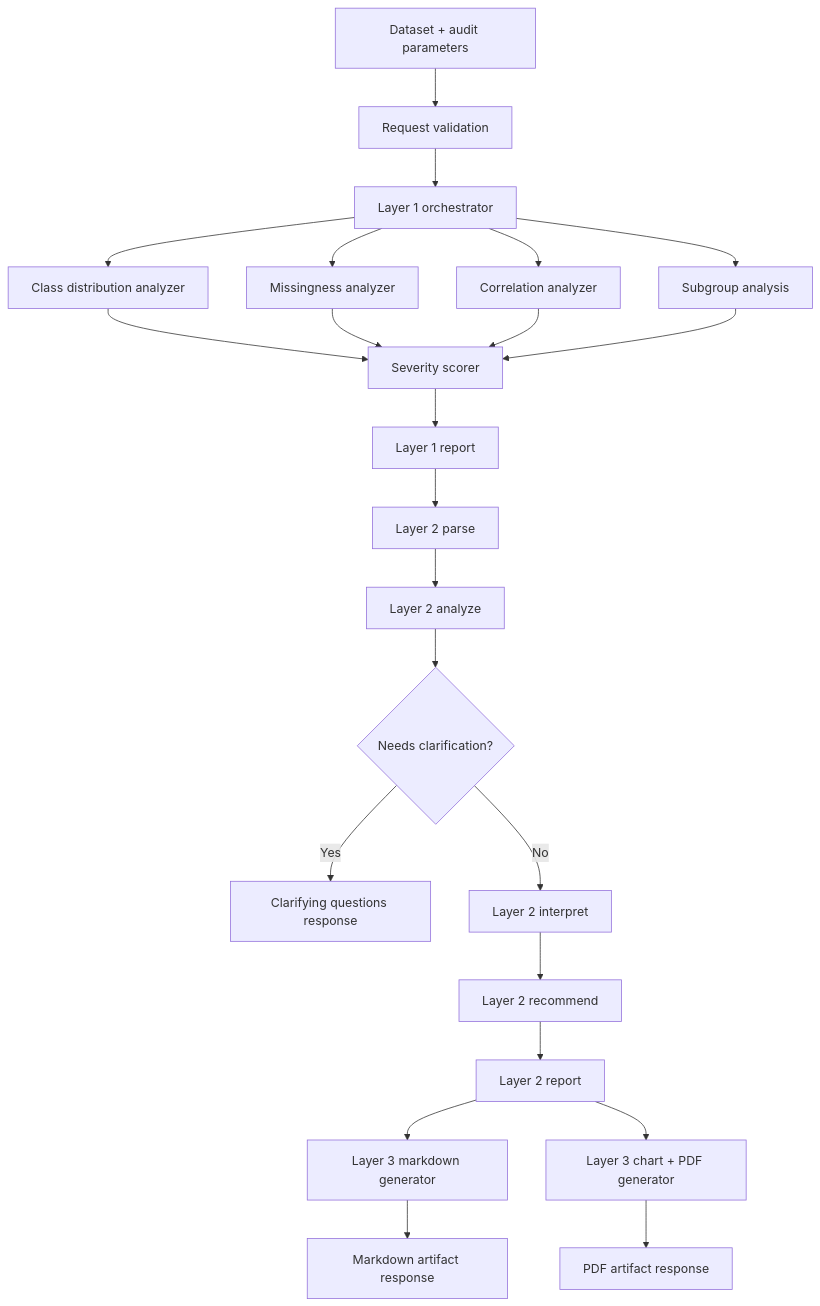
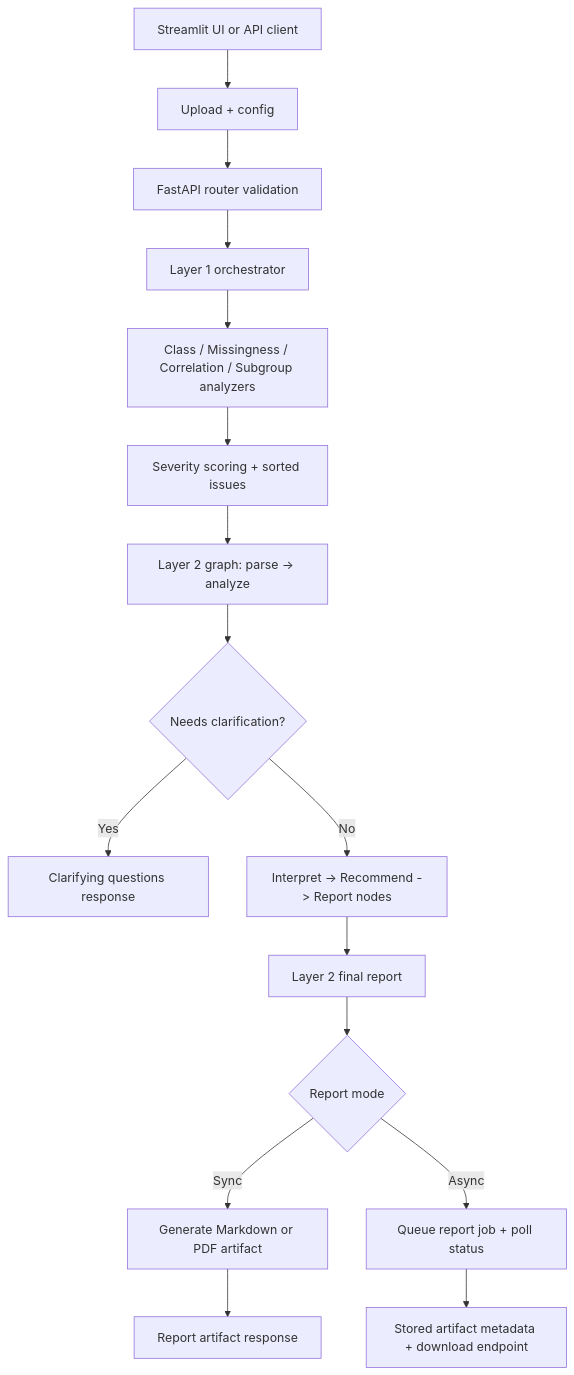
The diagram in ARCHITECTURE.md (haseebraza715/AuditLens), drawn with Mermaid before and after one commit. The commit also changed other lines of this file and 3 other files, not shown here.

Commit message:
docs: refresh guides for frontend and architecture

````diff
--- a/ARCHITECTURE.md
+++ b/ARCHITECTURE.md
@@ -42,25 +49,18 @@
 ```mermaid
 graph TD
-    A["Dataset + audit parameters"] --> B["Request validation"]
-    B --> C["Layer 1 orchestrator"]
-    C --> D["Class distribution analyzer"]
-    C --> E["Missingness analyzer"]
-    C --> F["Correlation analyzer"]
-    C --> G["Subgroup analysis"]
-    D --> H["Severity scorer"]
-    E --> H
-    F --> H
-    G --> H
-    H --> I["Layer 1 report"]
-    I --> J["Layer 2 parse"]
-    J --> K["Layer 2 analyze"]
-    K --> L{"Needs clarification?"}
-    L -->|Yes| M["Clarifying questions response"]
-    L -->|No| N["Layer 2 interpret"]
-    N --> O["Layer 2 recommend"]
-    O --> P["Layer 2 report"]
-    P --> Q["Layer 3 markdown generator"]
-    P --> S["Layer 3 chart + PDF generator"]
-    Q --> R["Markdown artifact response"]
-    S --> T["PDF artifact response"]
+    A["Streamlit UI or API client"] --> B["Upload + config"]
+    B --> C["FastAPI router validation"]
+    C --> D["Layer 1 orchestrator"]
+    D --> E["Class / Missingness / Correlation / Subgroup analyzers"]
+    E --> F["Severity scoring + sorted issues"]
+    F --> G["Layer 2 graph: parse -> analyze"]
+    G --> H{"Needs clarification?"}
+    H -->|Yes| I["Clarifying questions response"]
+    H -->|No| J["Interpret -> Recommend -> Report nodes"]
+    J --> K["Layer 2 final report"]
+    K --> L{"Report mode"}
+    L -->|Sync| M["Generate Markdown or PDF artifact"]
+    L -->|Async| N["Queue report job + poll status"]
+    M --> O["Report artifact response"]
+    N --> P["Stored artifact metadata + download endpoint"]
 ```
````
